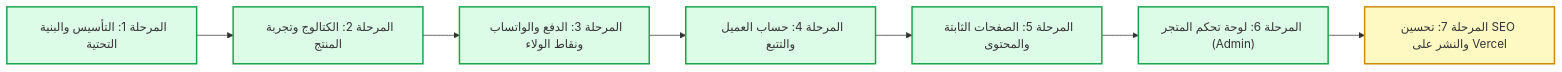
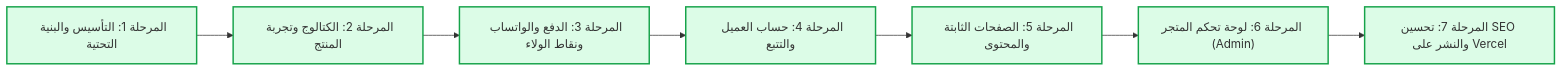
Before and after one commit to SiRacem/VAYRO-STORE: the diagram in docs/ROADMAP.md, drawn with Mermaid. The commit also changed other lines of this file and 5 other files, not shown here.

````diff
--- a/docs/ROADMAP.md
+++ b/docs/ROADMAP.md
@@ -11,17 +11,17 @@
 ```mermaid
 flowchart LR
     P1["المرحلة 1: التأسيس والبنية التحتية"] --> P2["المرحلة 2: الكتالوج وتجربة المنتج"]
     P2 --> P3["المرحلة 3: الدفع والواتساب ونقاط الولاء"]
     P3 --> P4["المرحلة 4: حساب العميل والتتبع"]
     P4 --> P5["المرحلة 5: الصفحات الثابتة والمحتوى"]
     P5 --> P6["المرحلة 6: لوحة تحكم المتجر (Admin)"]
     P6 --> P7["المرحلة 7: تحسين SEO والنشر على Vercel"]
     
     style P1 fill:#dcfce7,stroke:#16a34a,stroke-width:2px
     style P2 fill:#dcfce7,stroke:#16a34a,stroke-width:2px
     style P3 fill:#dcfce7,stroke:#16a34a,stroke-width:2px
     style P4 fill:#dcfce7,stroke:#16a34a,stroke-width:2px
     style P5 fill:#dcfce7,stroke:#16a34a,stroke-width:2px
     style P6 fill:#dcfce7,stroke:#16a34a,stroke-width:2px
-    style P7 fill:#fef9c3,stroke:#ca8a04,stroke-width:2px
+    style P7 fill:#dcfce7,stroke:#16a34a,stroke-width:2px
 ```
````
